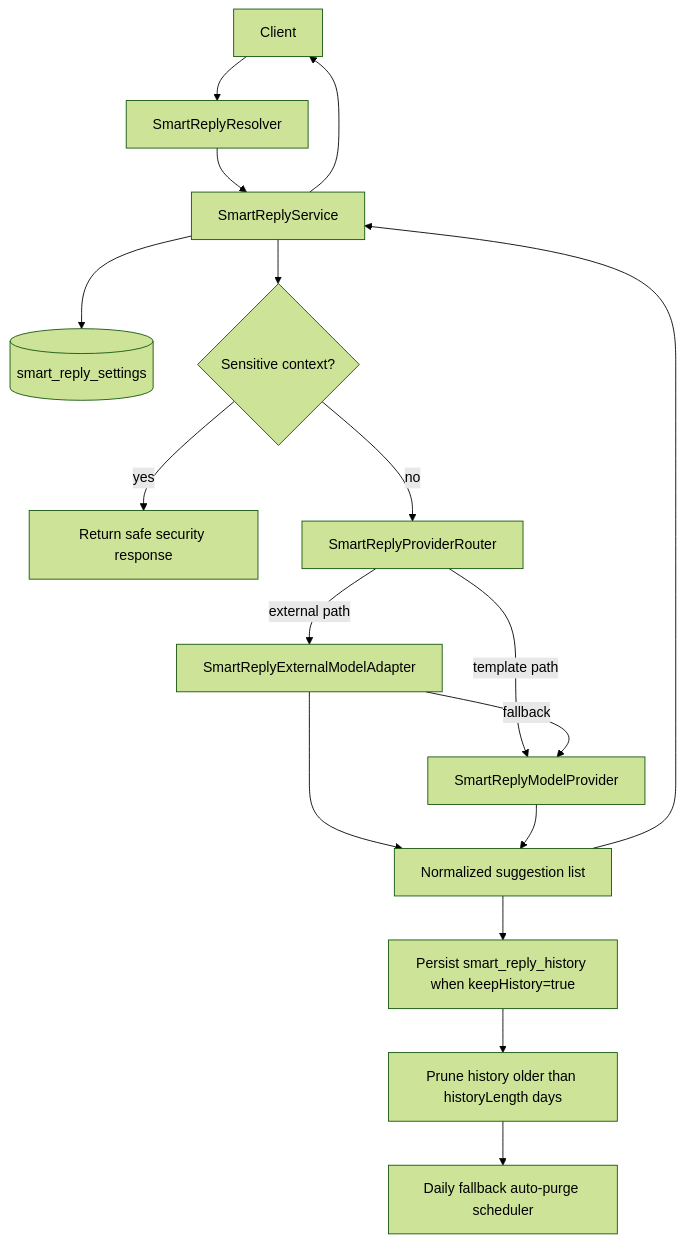
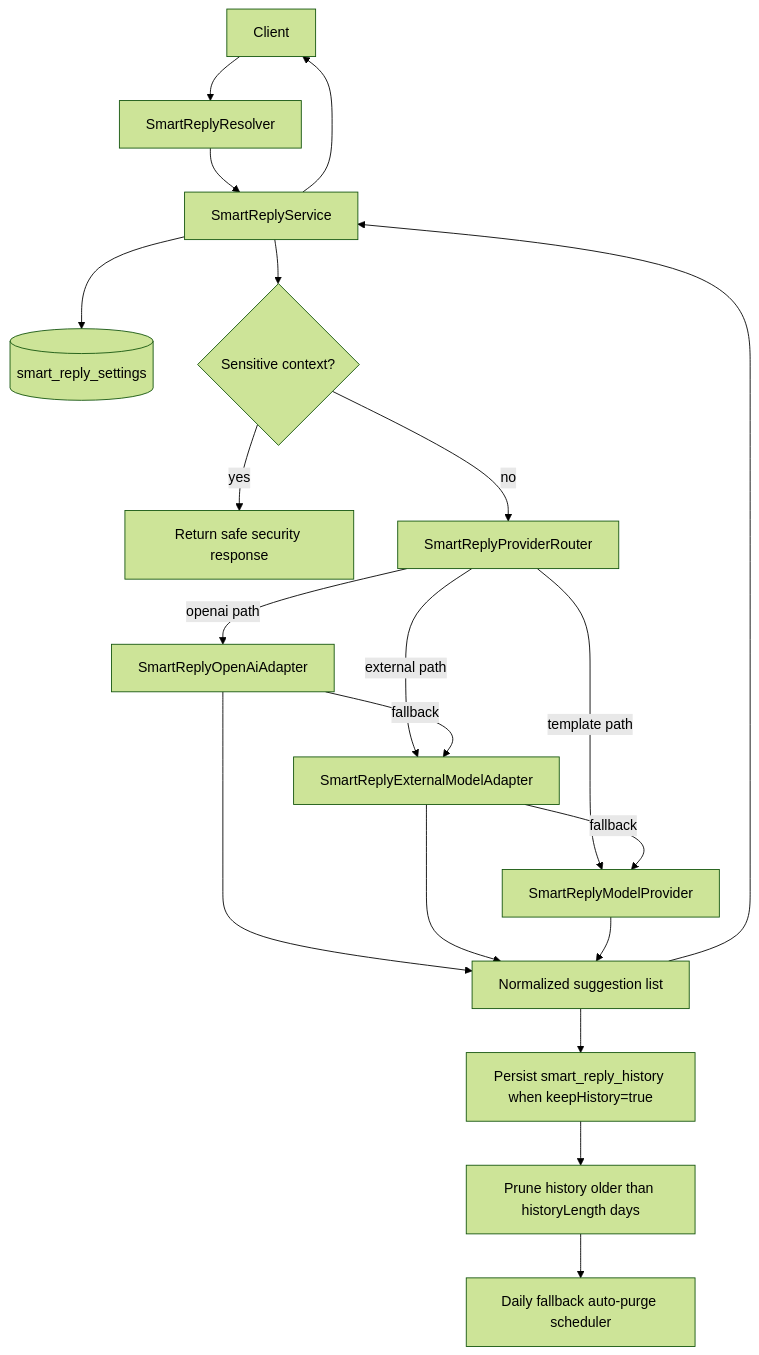
The diagram in apps/backend/src/smart-replies/README.md (AmanVatsSharma/MailZen-Smart-Email-Management), drawn with Mermaid (forest theme) before and after one commit. The commit also changed other lines of this file and 8 other files, not shown here.

Commit message:
Add OpenAI smart-reply provider adapter

````diff
--- a/apps/backend/src/smart-replies/README.md
+++ b/apps/backend/src/smart-replies/README.md
@@ -33,19 +34,22 @@
 ```mermaid
 flowchart TD
   Client --> Resolver[SmartReplyResolver]
   Resolver --> Service[SmartReplyService]
   Service --> Settings[(smart_reply_settings)]
   Service --> Safety{Sensitive context?}
   Safety -->|yes| SafeReply[Return safe security response]
   Safety -->|no| ProviderRouter[SmartReplyProviderRouter]
+  ProviderRouter -->|openai path| OpenAIAdapter[SmartReplyOpenAiAdapter]
   ProviderRouter -->|external path| ExternalAdapter[SmartReplyExternalModelAdapter]
   ProviderRouter -->|template path| ModelProvider[SmartReplyModelProvider]
+  OpenAIAdapter -->|fallback| ExternalAdapter
+  OpenAIAdapter --> Suggestions[Normalized suggestion list]
   ExternalAdapter -->|fallback| ModelProvider
   ExternalAdapter --> Suggestions[Normalized suggestion list]
   ModelProvider --> Suggestions
   Suggestions --> History[Persist smart_reply_history when keepHistory=true]
   History --> Retention[Prune history older than historyLength days]
   Retention --> Scheduler[Daily fallback auto-purge scheduler]
   Suggestions --> Service
   Service --> Client
 ```
````
